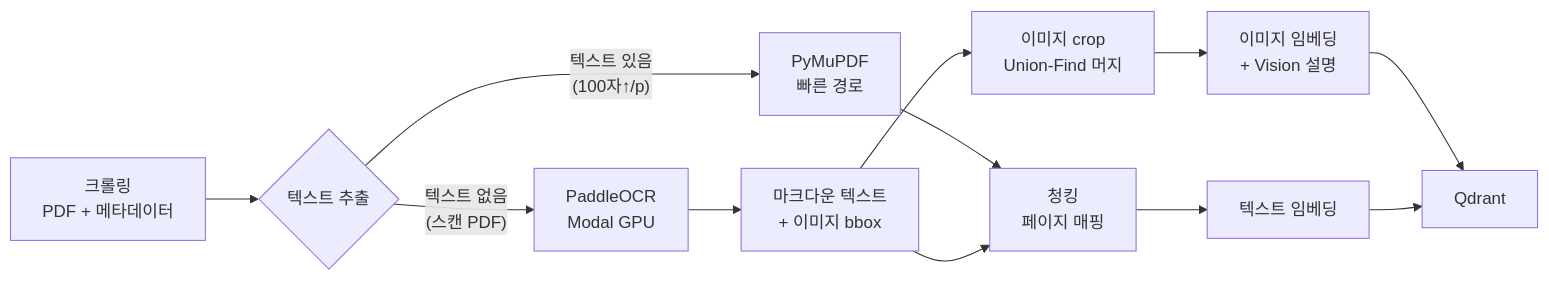
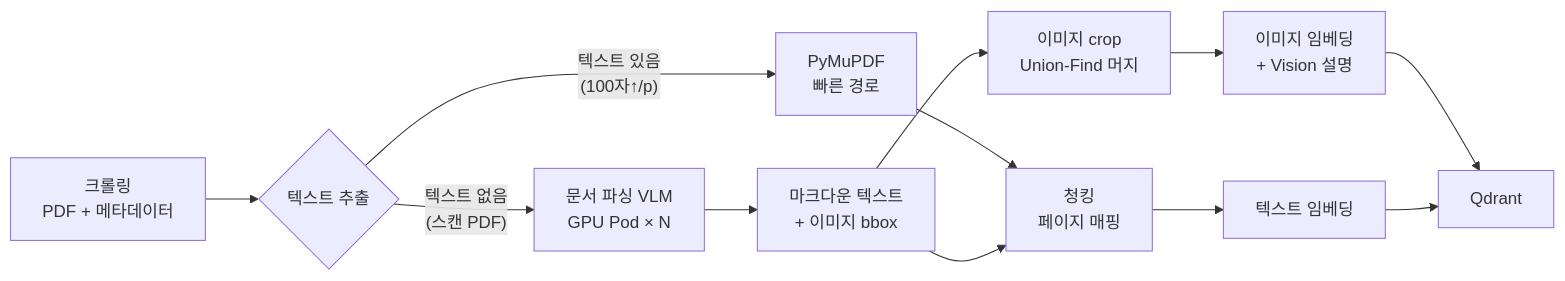
The first of 2 diagrams in data/content/notes/bonda-pdf-pipeline.md (genie49/genie-cv), drawn with Mermaid before and after one commit. The commit also changed other lines of this file and 11 other files, not shown here.

First line of the commit message:
refactor: 본다 OCR 서빙 구조 변경 반영 (문서 파싱 VLM + GPU 파드)

````diff
--- a/data/content/notes/bonda-pdf-pipeline.md
+++ b/data/content/notes/bonda-pdf-pipeline.md
@@ -5,14 +5,14 @@
 ```mermaid
 flowchart LR
     Crawl["크롤링<br/>PDF + 메타데이터"] --> Parse{텍스트 추출}
     Parse -->|"텍스트 있음<br/>(100자↑/p)"| PyMuPDF["PyMuPDF<br/>빠른 경로"]
-    Parse -->|"텍스트 없음<br/>(스캔 PDF)"| OCR["PaddleOCR<br/>Modal GPU"]
+    Parse -->|"텍스트 없음<br/>(스캔 PDF)"| OCR["문서 파싱 VLM<br/>GPU Pod × N"]
     OCR --> MD["마크다운 텍스트<br/>+ 이미지 bbox"]
     PyMuPDF --> Chunk
     MD --> Crop["이미지 crop<br/>Union-Find 머지"]
     MD --> Chunk["청킹<br/>페이지 매핑"]
     Crop --> ImgEmbed["이미지 임베딩<br/>+ Vision 설명"]
     Chunk --> TextEmbed["텍스트 임베딩"]
     ImgEmbed --> QD["Qdrant"]
     TextEmbed --> QD
 ```
````
